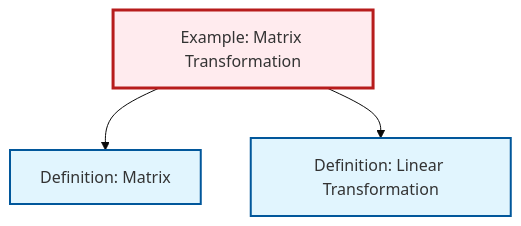
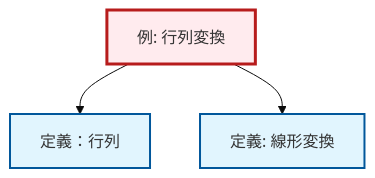
Before and after one commit to RK0429/ModernMath: the diagram in content/ja/algebra/ex-matrix-transformation.qmd, drawn with Mermaid (base theme). The commit also changed 1069 other files, not shown here.

````diff
--- a/content/ja/algebra/ex-matrix-transformation.qmd
+++ b/content/ja/algebra/ex-matrix-transformation.qmd
@@ -53,17 +53,17 @@
 ```{mermaid}
 %%| fig-cap: "Local dependency graph"
 graph TD
     classDef definition fill:#e1f5fe,stroke:#01579b,stroke-width:2px
     classDef theorem fill:#f3e5f5,stroke:#4a148c,stroke-width:2px
     classDef axiom fill:#fff3e0,stroke:#e65100,stroke-width:2px
     classDef example fill:#e8f5e9,stroke:#1b5e20,stroke-width:2px
     classDef current fill:#ffebee,stroke:#b71c1c,stroke-width:3px
-    ex-matrix-transformation["Example: Matrix Transformation"]:::example
-    def-matrix["Definition: Matrix"]:::definition
-    def-linear-transformation["Definition: Linear Transformation"]:::definition
+    ex-matrix-transformation["例: 行列変換"]:::example
+    def-linear-transformation["定義: 線形変換"]:::definition
+    def-matrix["定義：行列"]:::definition
     ex-matrix-transformation --> def-matrix
     ex-matrix-transformation --> def-linear-transformation
     class ex-matrix-transformation current
-    click def-matrix "def-matrix.html" "Definition: Matrixへ"
-    click def-linear-transformation "def-linear-transformation.html" "Definition: Linear Transformationへ"
+    click def-linear-transformation "def-linear-transformation.html" "線形変換の定義へ"
+    click def-matrix "def-matrix.html" "定義：行列へ"
 ```
````
